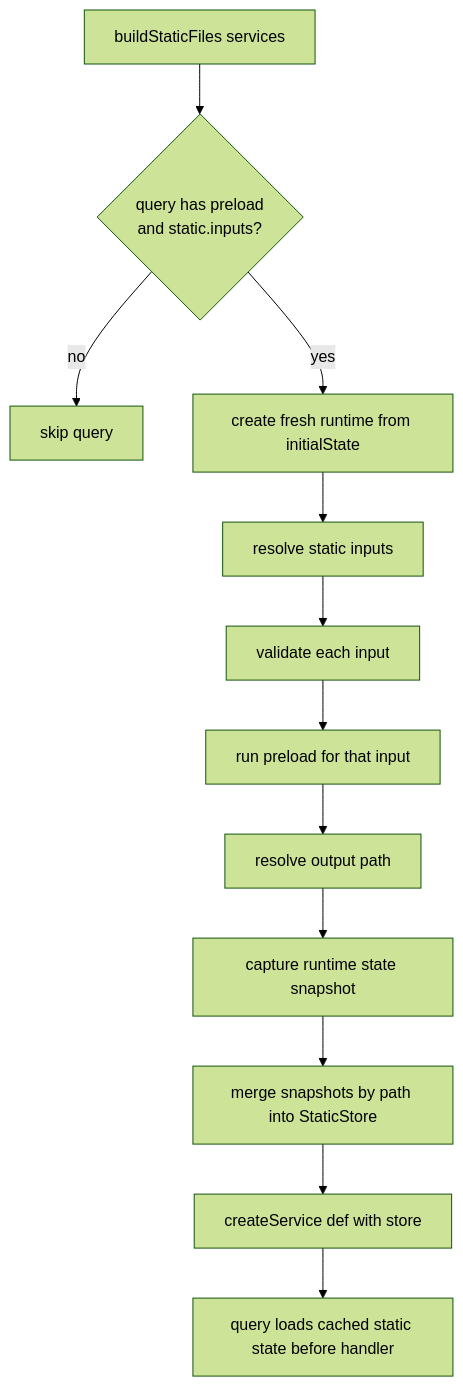
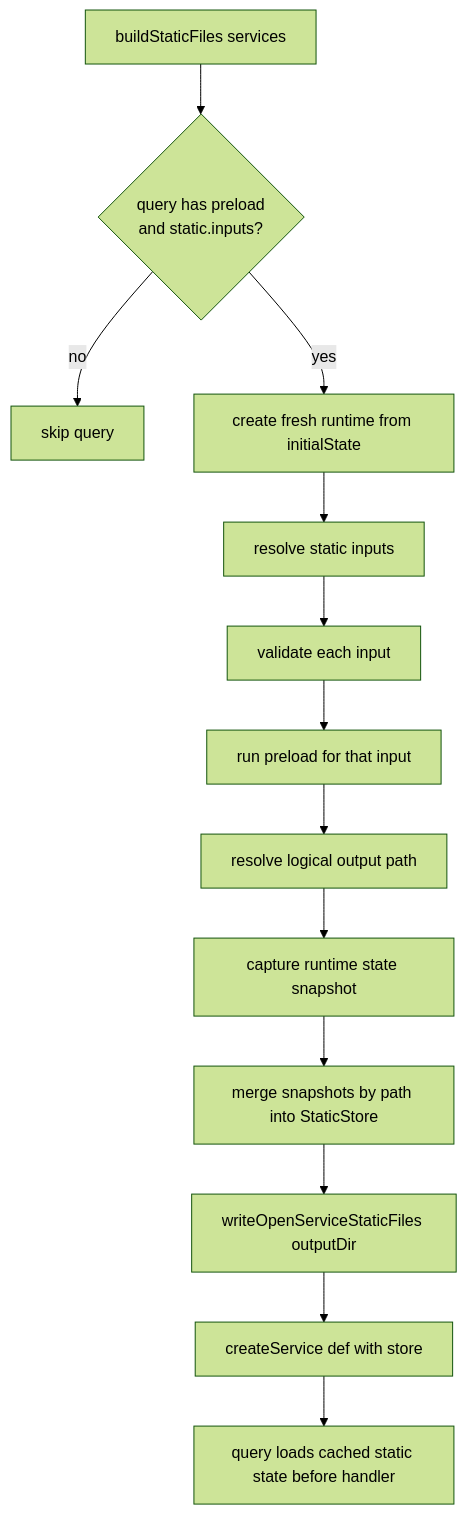
One commit to storybookjs/storybook changed the fourth of 4 diagrams in code/core/src/shared/open-service/README.md. Above: the diagram before and after it, drawn with Mermaid (forest theme). The commit also changed other lines of this file and 20 other files, not shown here.

````diff
--- a/code/core/src/shared/open-service/README.md
+++ b/code/core/src/shared/open-service/README.md
@@ -225,14 +264,15 @@
 ```mermaid
 flowchart TD
   A[buildStaticFiles services] --> B{query has preload\nand static.inputs?}
   B -- no --> C[skip query]
   B -- yes --> D[create fresh runtime from initialState]
   D --> E[resolve static inputs]
   E --> F[validate each input]
   F --> G[run preload for that input]
-  G --> H[resolve output path]
+  G --> H[resolve logical output path]
   H --> I[capture runtime state snapshot]
   I --> J[merge snapshots by path into StaticStore]
-  J --> K[createService def with store]
-  K --> L[query loads cached static state before handler]
+  J --> K[writeOpenServiceStaticFiles outputDir]
+  K --> L[createService def with store]
+  L --> M[query loads cached static state before handler]
 ```
````
